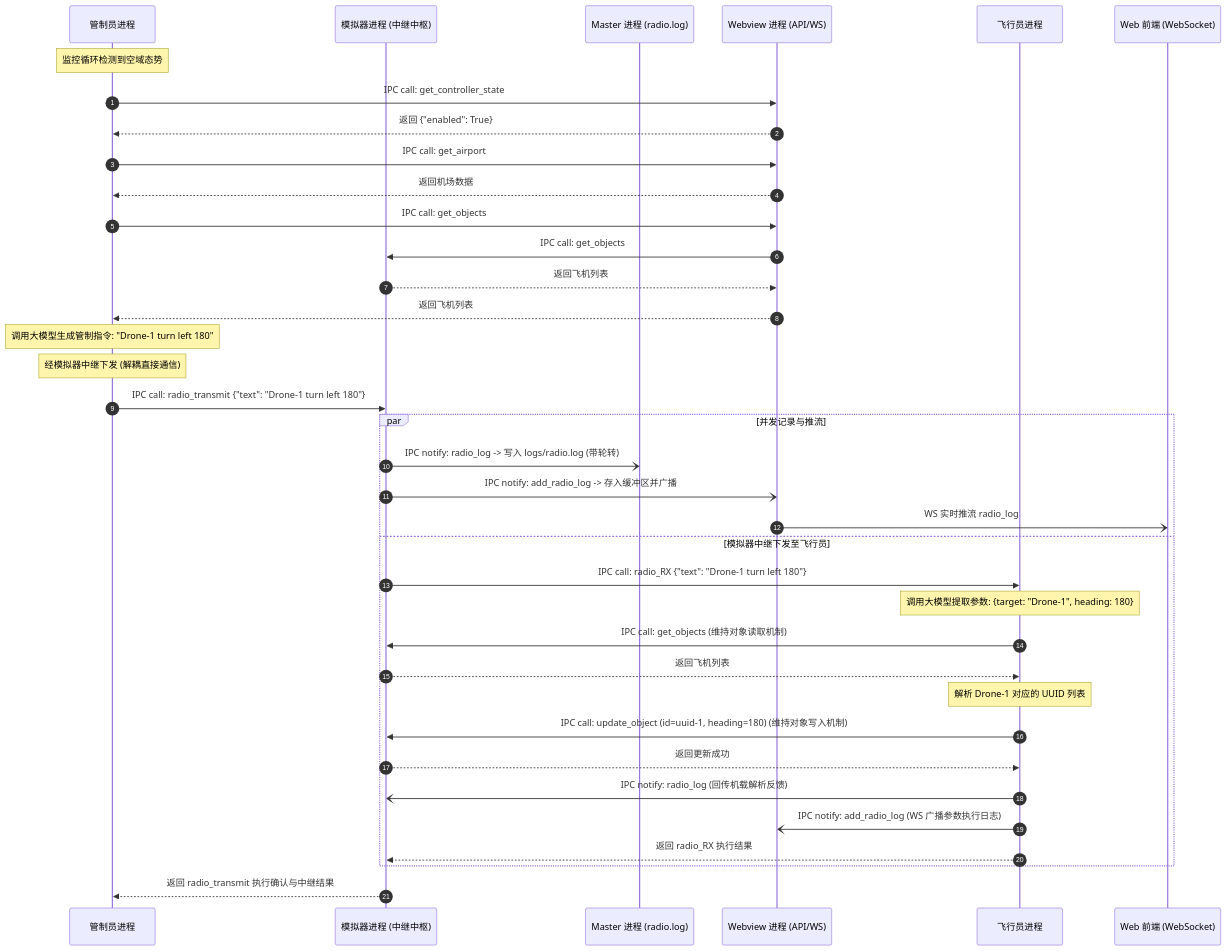
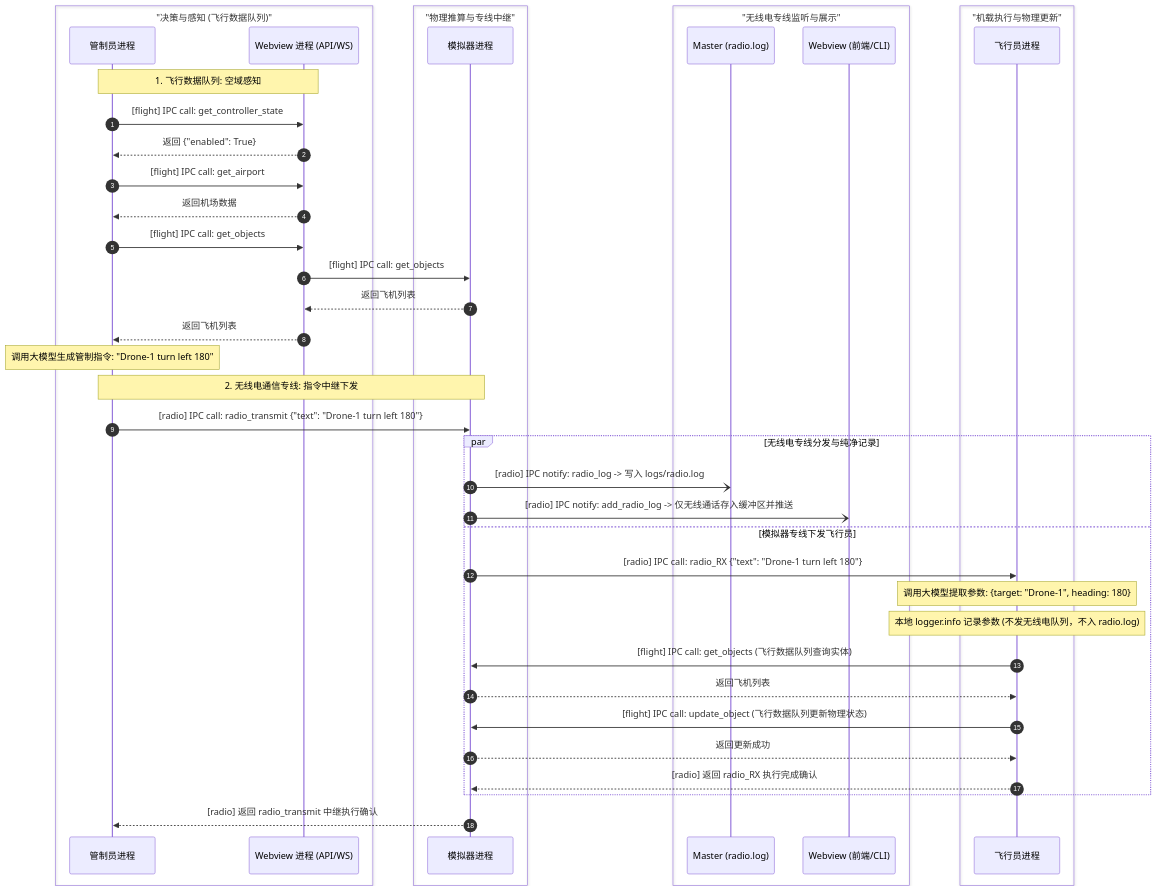
The first of 3 diagrams in doc/README.md (mugendainayumeatono/test_of_realtime_AI_agent), drawn with Mermaid before and after one commit. The commit also changed other lines of this file and 12 other files, not shown here.

````diff
--- a/doc/README.md
+++ b/doc/README.md
@@ -166,43 +201,48 @@
 ```mermaid
 sequenceDiagram
     autonumber
+    box "决策与感知 (飞行数据队列)" #f9f9f9
     participant Controller as 管制员进程
-    participant Simulator as 模拟器进程 (中继中枢)
-    participant Master as Master 进程 (radio.log)
     participant Webview as Webview 进程 (API/WS)
+    end
+    box "物理推算与专线中继" #e8f4f8
+    participant Simulator as 模拟器进程
+    end
+    box "无线电专线监听与展示" #f0fff0
+    participant MasterRadio as Master (radio.log)
+    participant WebviewRadio as Webview (前端/CLI)
+    end
+    box "机载执行与物理更新" #fff0f5
     participant Pilot as 飞行员进程
-    participant Frontend as Web 前端 (WebSocket)
+    end
 
-    Note over Controller: 监控循环检测到空域态势
-    Controller->>Webview: IPC call: get_controller_state
+    Note over Controller, Webview: 1. 飞行数据队列: 空域感知
+    Controller->>Webview: [flight] IPC call: get_controller_state
     Webview-->>Controller: 返回 {"enabled": True}
-    Controller->>Webview: IPC call: get_airport
+    Controller->>Webview: [flight] IPC call: get_airport
     Webview-->>Controller: 返回机场数据
-    Controller->>Webview: IPC call: get_objects
-    Webview->>Simulator: IPC call: get_objects
+    Controller->>Webview: [flight] IPC call: get_objects
+    Webview->>Simulator: [flight] IPC call: get_objects
     Simulator-->>Webview: 返回飞机列表
     Webview-->>Controller: 返回飞机列表
 
     Note over Controller: 调用大模型生成管制指令: "Drone-1 turn left 180"
-    Note over Controller: 经模拟器中继下发 (解耦直接通信)
-    Controller->>Simulator: IPC call: radio_transmit {"text": "Drone-1 turn left 180"}
+    Note over Controller, Simulator: 2. 无线电通信专线: 指令中继下发
+    Controller->>Simulator: [radio] IPC call: radio_transmit {"text": "Drone-1 turn left 180"}
 
-    par 并发记录与推流
-        Simulator-)Master: IPC notify: radio_log -> 写入 logs/radio.log (带轮转)
-        Simulator-)Webview: IPC notify: add_radio_log -> 存入缓冲区并广播
-        Webview-)Frontend: WS 实时推流 radio_log
-    and 模拟器中继下发至飞行员
-        Simulator->>Pilot: IPC call: radio_RX {"text": "Drone-1 turn left 180"}
+    par 无线电专线分发与纯净记录
+        Simulator-)MasterRadio: [radio] IPC notify: radio_log -> 写入 logs/radio.log
+        Simulator-)WebviewRadio: [radio] IPC notify: add_radio_log -> 仅无线通话存入缓冲区并推送
+    and 模拟器专线下发飞行员
+        Simulator->>Pilot: [radio] IPC call: radio_RX {"text": "Drone-1 turn left 180"}
         Note over Pilot: 调用大模型提取参数: {target: "Drone-1", heading: 180}
-        Pilot->>Simulator: IPC call: get_objects (维持对象读取机制)
+        Note over Pilot: 本地 logger.info 记录参数 (不发无线电队列，不入 radio.log)
+        Pilot->>Simulator: [flight] IPC call: get_objects (飞行数据队列查询实体)
         Simulator-->>Pilot: 返回飞机列表
-        Note over Pilot: 解析 Drone-1 对应的 UUID 列表
-        Pilot->>Simulator: IPC call: update_object (id=uuid-1, heading=180) (维持对象写入机制)
+        Pilot->>Simulator: [flight] IPC call: update_object (飞行数据队列更新物理状态)
         Simulator-->>Pilot: 返回更新成功
-        Pilot-)Simulator: IPC notify: radio_log (回传机载解析反馈)
-        Pilot-)Webview: IPC notify: add_radio_log (WS 广播参数执行日志)
-        Pilot-->>Simulator: 返回 radio_RX 执行结果
+        Pilot-->>Simulator: [radio] 返回 radio_RX 执行完成确认
     end
 
-    Simulator-->>Controller: 返回 radio_transmit 执行确认与中继结果
+    Simulator-->>Controller: [radio] 返回 radio_transmit 中继执行确认
 ```
````
